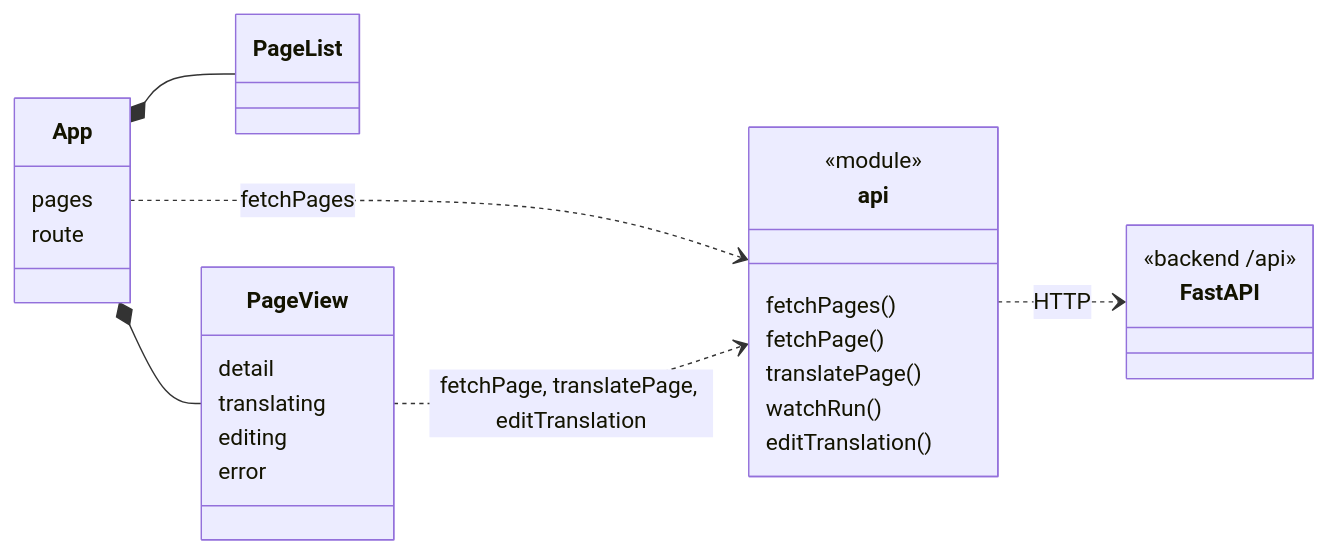
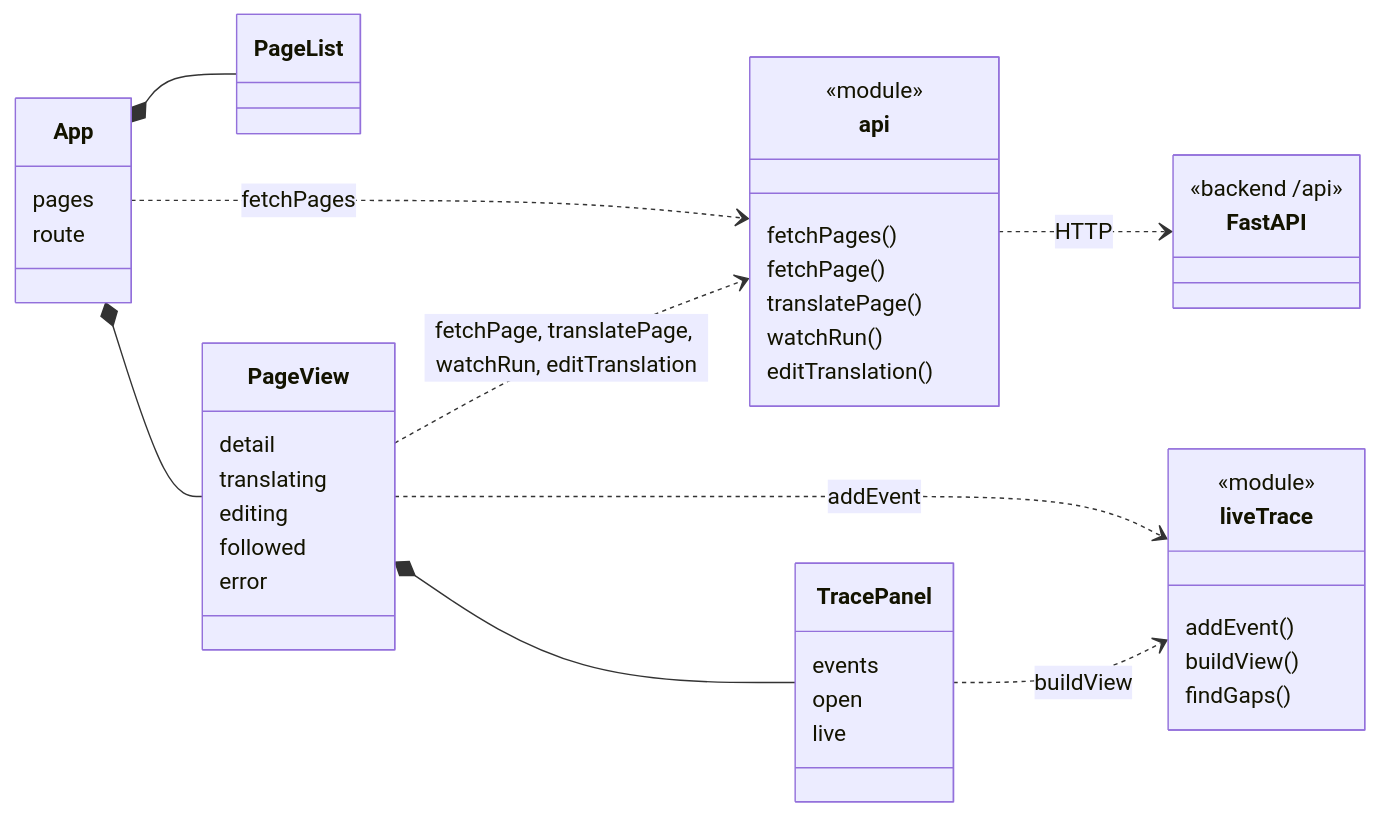
The eighth of 8 diagrams in docs/design.md (EUVUD/Fukidashi), drawn with Mermaid before and after one commit. The commit also changed other lines of this file and 5 other files, not shown here.

First line of the commit message:
Record the live trace panel and the frontend tests in the docs

````diff
--- a/docs/design.md
+++ b/docs/design.md
@@ -498,33 +498,48 @@
 ```mermaid
 classDiagram
     direction LR
 
     class App {
         pages
         route
     }
     class PageList
     class PageView {
         detail
         translating
         editing
+        followed
         error
+    }
+    class TracePanel {
+        events
+        open
+        live
+    }
+    class liveTrace {
+        <<module>>
+        addEvent()
+        buildView()
+        findGaps()
     }
     class api {
         <<module>>
         fetchPages()
         fetchPage()
         translatePage()
         watchRun()
         editTranslation()
     }
     class FastAPI {
         <<backend /api>>
     }
 
     App *-- PageList
     App *-- PageView
     App ..> api : fetchPages
-    PageView ..> api : fetchPage, translatePage, editTranslation
+    PageView ..> api : fetchPage, translatePage, watchRun, editTranslation
+    PageView *-- TracePanel
+    PageView ..> liveTrace : addEvent
+    TracePanel ..> liveTrace : buildView
     api ..> FastAPI : HTTP
 ```
````
